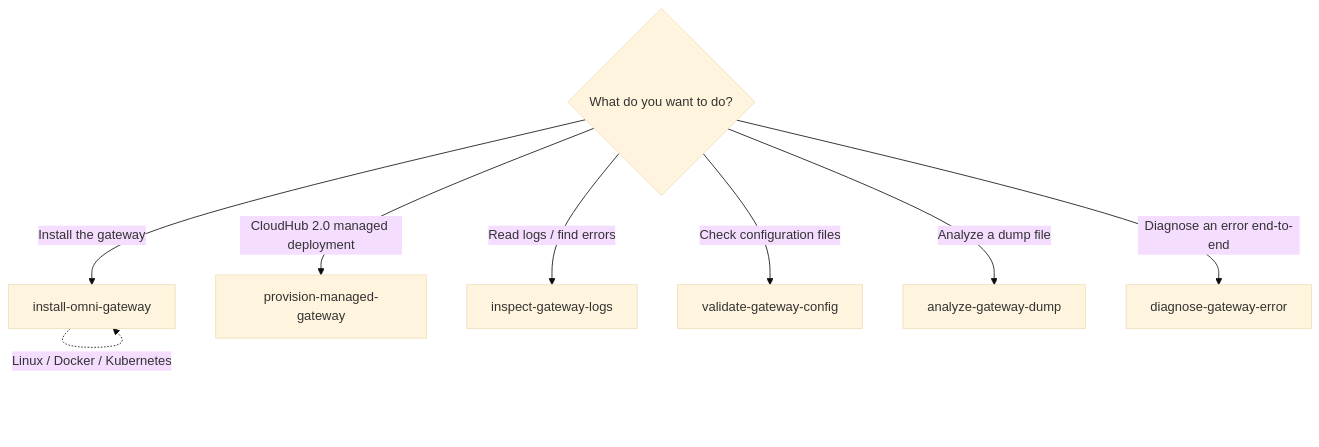
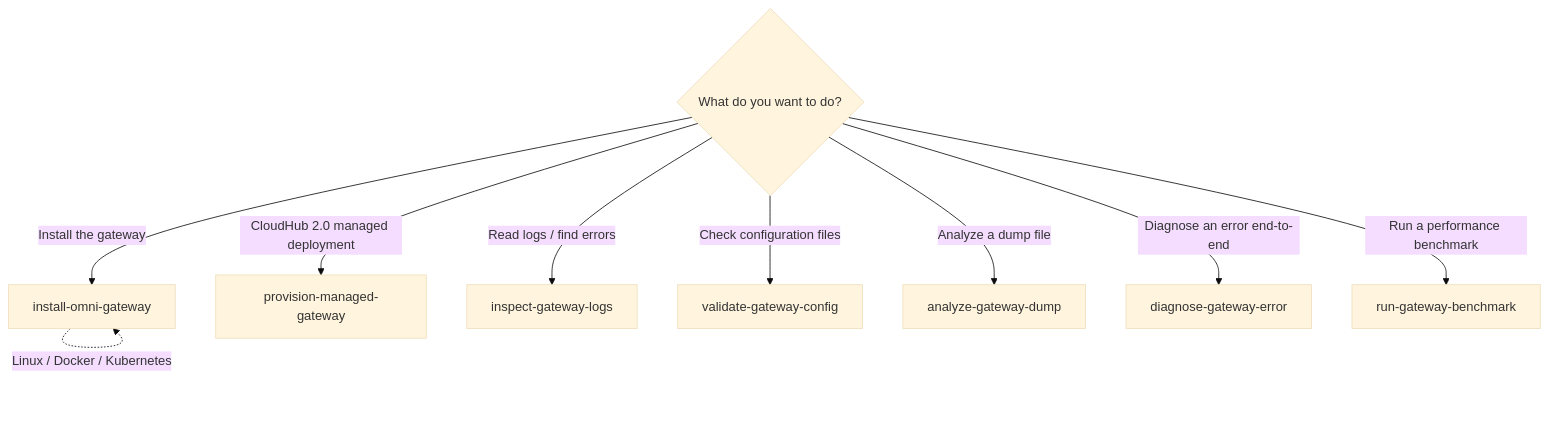
One commit to adcarabajal/mulesoft-dx changed the diagram in skills/omni-gateway/SKILL.md. Above: the diagram before and after it, drawn with Mermaid (base theme). The commit also changed other lines of this file and 58 other files, not shown here.

````diff
--- a/skills/omni-gateway/SKILL.md
+++ b/skills/omni-gateway/SKILL.md
@@ -21,14 +21,15 @@
 ```mermaid
 flowchart TD
     Start{What do you want to do?}
 
     Start -->|Install the gateway| I[install-omni-gateway]
     I -.->|Linux / Docker / Kubernetes| I
 
     Start -->|CloudHub 2.0 managed deployment| P[provision-managed-gateway]
 
     Start -->|Read logs / find errors| OL[inspect-gateway-logs]
     Start -->|Check configuration files| OC[validate-gateway-config]
     Start -->|Analyze a dump file| OD[analyze-gateway-dump]
     Start -->|Diagnose an error end-to-end| OE[diagnose-gateway-error]
+    Start -->|Run a performance benchmark| OB[run-gateway-benchmark]
 ```
````
